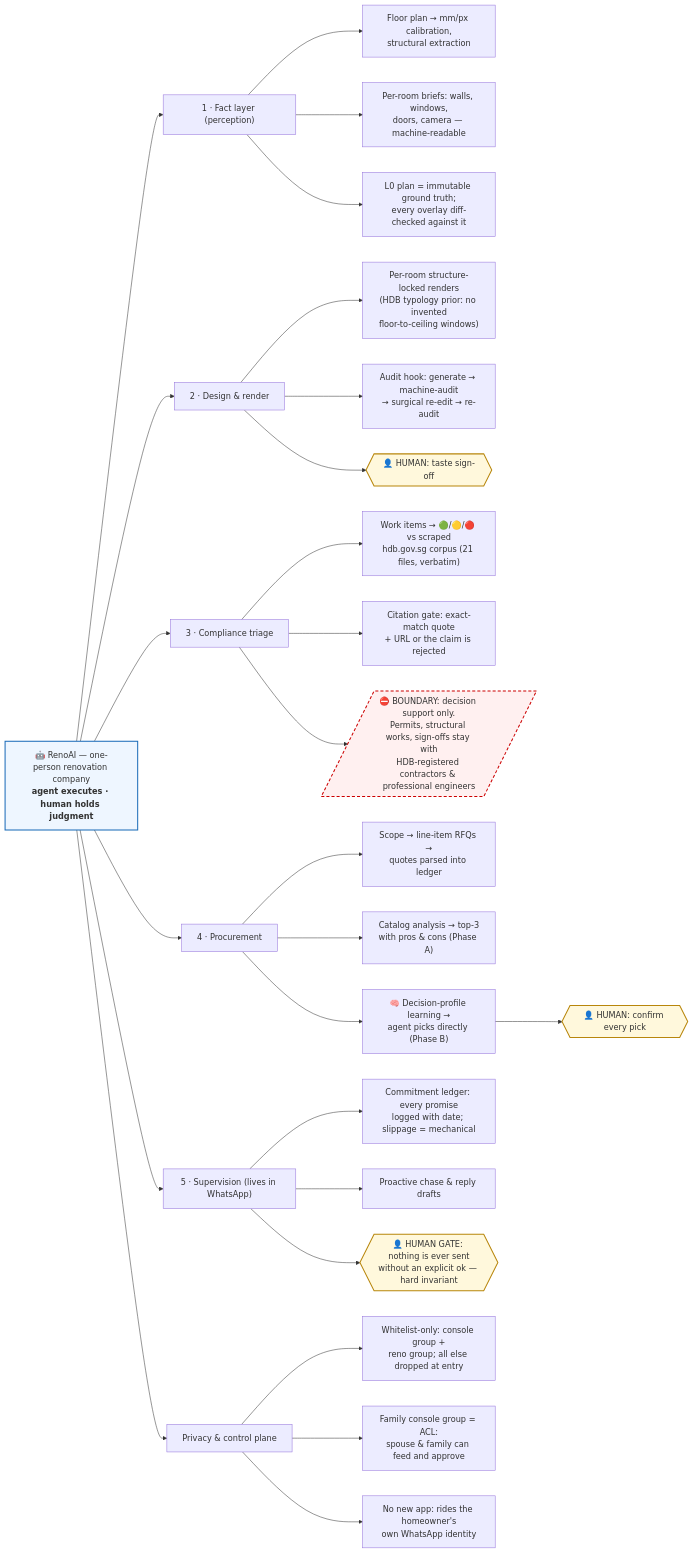
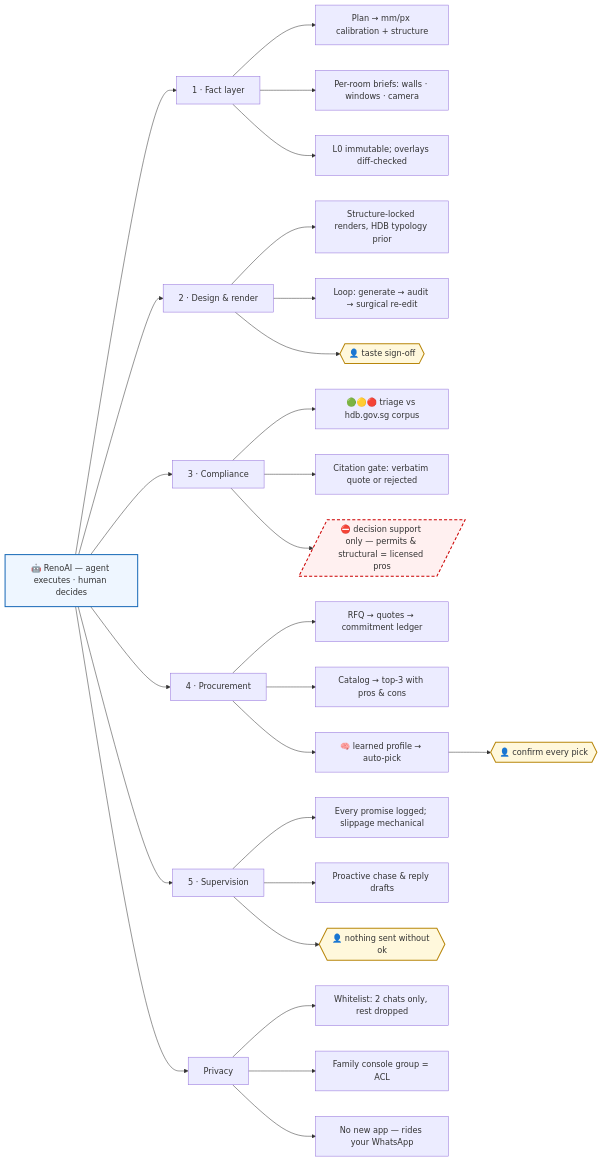
One commit to littlejuju/RenoGent changed the diagram in README.md. Above: the diagram before and after it, drawn with Mermaid.

Commit message:
readme: compact one-line capability map

````diff
--- a/README.md
+++ b/README.md
@@ -22,42 +22,42 @@
 ```mermaid
 flowchart LR
-    RA["🤖 RenoAI — one-person renovation company<br/><b>agent executes · human holds judgment</b>"]
+    RA["🤖 RenoAI — agent executes · human decides"]
 
-    RA --> P["1 · Fact layer (perception)"]
-    P --> P1["Floor plan → mm/px calibration,<br/>structural extraction"]
-    P --> P2["Per-room briefs: walls, windows,<br/>doors, camera — machine-readable"]
-    P --> P3["L0 plan = immutable ground truth;<br/>every overlay diff-checked against it"]
+    RA --> P["1 · Fact layer"]
+    P --> P1["Plan → mm/px calibration + structure"]
+    P --> P2["Per-room briefs: walls · windows · camera"]
+    P --> P3["L0 immutable; overlays diff-checked"]
 
     RA --> D["2 · Design & render"]
-    D --> D1["Per-room structure-locked renders<br/>(HDB typology prior: no invented<br/>floor-to-ceiling windows)"]
-    D --> D2["Audit hook: generate → machine-audit<br/>→ surgical re-edit → re-audit"]
-    D --> HG1{{"👤 HUMAN: taste sign-off"}}
+    D --> D1["Structure-locked renders, HDB typology prior"]
+    D --> D2["Loop: generate → audit → surgical re-edit"]
+    D --> HG1{{"👤 taste sign-off"}}
 
-    RA --> C["3 · Compliance triage"]
-    C --> C1["Work items → 🟢/🟡/🔴 vs scraped<br/>hdb.gov.sg corpus (21 files, verbatim)"]
-    C --> C2["Citation gate: exact-match quote<br/>+ URL or the claim is rejected"]
-    C --> B1[/"⛔ BOUNDARY: decision support only.<br/>Permits, structural works, sign-offs stay with<br/>HDB-registered contractors & professional engineers"/]
+    RA --> C["3 · Compliance"]
+    C --> C1["🟢🟡🔴 triage vs hdb.gov.sg corpus"]
+    C --> C2["Citation gate: verbatim quote or rejected"]
+    C --> B1[/"⛔ decision support only — permits & structural = licensed pros"/]
 
     RA --> PR["4 · Procurement"]
-    PR --> PR1["Scope → line-item RFQs →<br/>quotes parsed into ledger"]
-    PR --> PR2["Catalog analysis → top-3<br/>with pros & cons (Phase A)"]
-    PR --> PR3["🧠 Decision-profile learning →<br/>agent picks directly (Phase B)"]
-    PR3 --> HG2{{"👤 HUMAN: confirm every pick"}}
+    PR --> PR1["RFQ → quotes → commitment ledger"]
+    PR --> PR2["Catalog → top-3 with pros & cons"]
+    PR --> PR3["🧠 learned profile → auto-pick"]
+    PR3 --> HG2{{"👤 confirm every pick"}}
 
-    RA --> S["5 · Supervision (lives in WhatsApp)"]
-    S --> S1["Commitment ledger: every promise<br/>logged with date; slippage = mechanical"]
+    RA --> S["5 · Supervision"]
+    S --> S1["Every promise logged; slippage mechanical"]
     S --> S2["Proactive chase & reply drafts"]
-    S --> HG3{{"👤 HUMAN GATE: nothing is ever sent<br/>without an explicit ok — hard invariant"}}
+    S --> HG3{{"👤 nothing sent without ok"}}
 
-    RA --> PV["Privacy & control plane"]
-    PV --> PV1["Whitelist-only: console group +<br/>reno group; all else dropped at entry"]
-    PV --> PV2["Family console group = ACL:<br/>spouse & family can feed and approve"]
-    PV --> PV3["No new app: rides the homeowner's<br/>own WhatsApp identity"]
+    RA --> PV["Privacy"]
+    PV --> PV1["Whitelist: 2 chats only, rest dropped"]
+    PV --> PV2["Family console group = ACL"]
+    PV --> PV3["No new app — rides your WhatsApp"]
 
     classDef boundary fill:#fff0f0,stroke:#cc0000,stroke-width:2px,stroke-dasharray:6 4
     classDef human fill:#fff8dc,stroke:#b8860b,stroke-width:2px
     classDef root fill:#eef6ff,stroke:#1a6bb8,stroke-width:2px
     class B1 boundary
     class HG1,HG2,HG3 human
     class RA root
 ```
````
